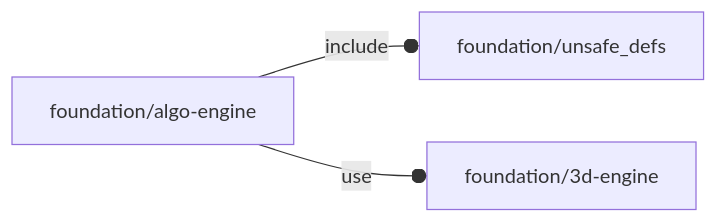
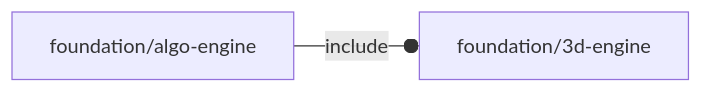
One commit to ggabbiani/OFL changed the diagram in orthodocs/foundation/algo-engine.md. Above: the diagram before and after it, drawn with Mermaid. The commit also changed 26 other files, not shown here.

````diff
--- a/orthodocs/foundation/algo-engine.md
+++ b/orthodocs/foundation/algo-engine.md
@@ -5,5 +5,4 @@
 ```mermaid
 graph LR
-    A1[foundation/algo-engine] --o|include| A2[foundation/unsafe_defs]
-    A1 --o|use| A3[foundation/3d-engine]
+    A1[foundation/algo-engine] --o|include| A2[foundation/3d-engine]
 ```
````
